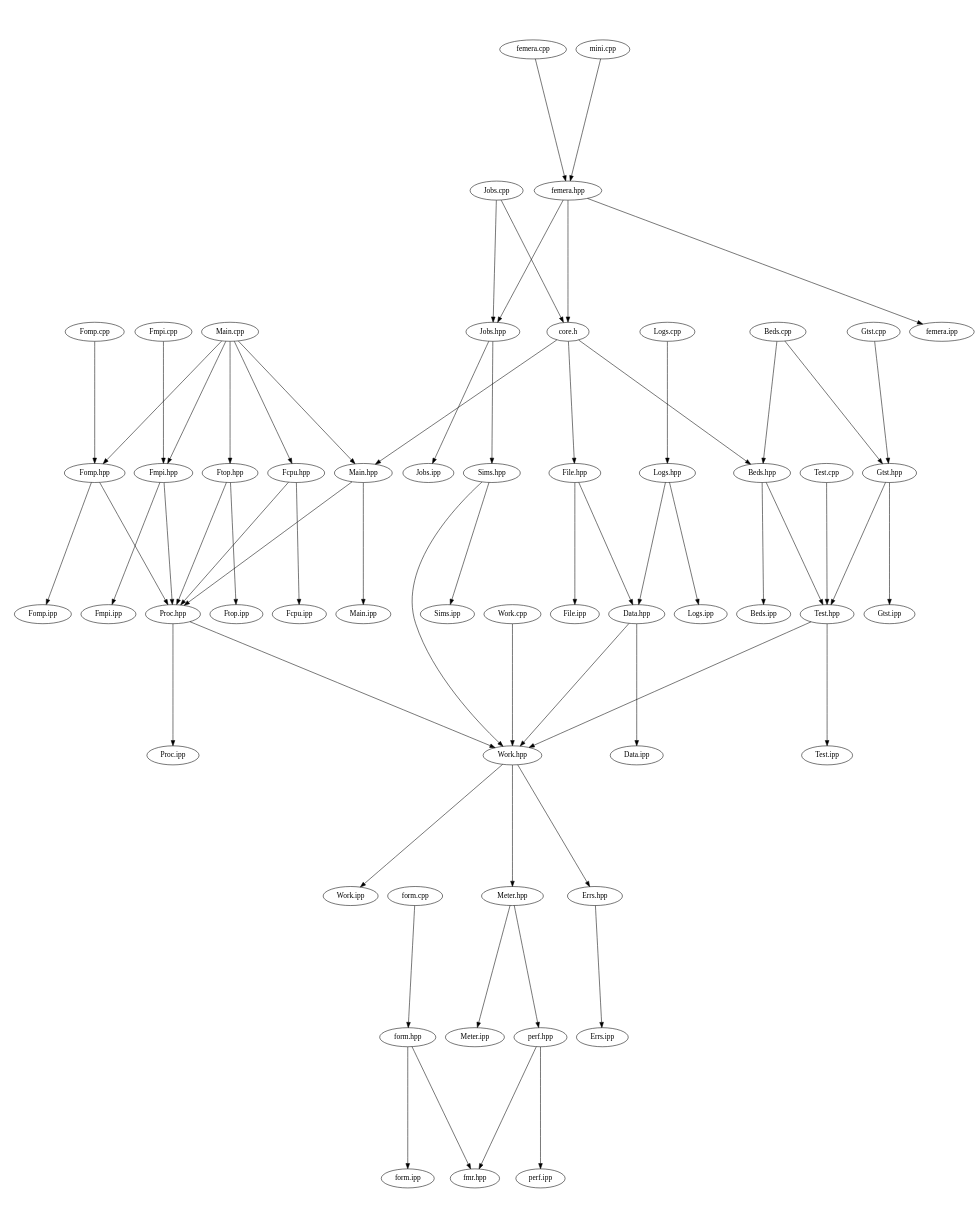
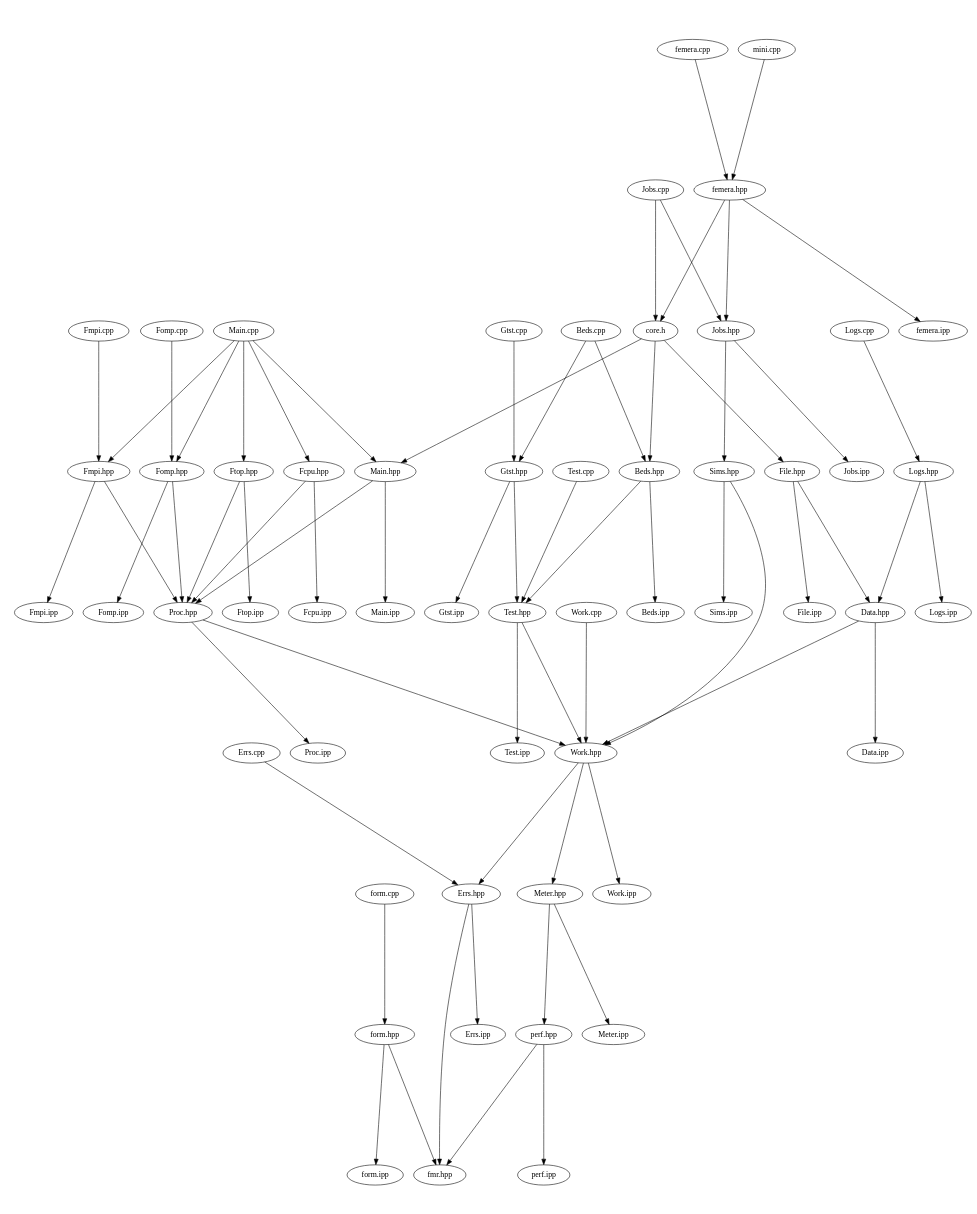
The diagram in src/docs/src-notest.dot (waggyz/femera-mini-app), drawn with Graphviz before and after one commit. The commit also changed 6 other files, not shown here.

```diff
--- a/src/docs/src-notest.dot
+++ b/src/docs/src-notest.dot
@@ -1,70 +1,72 @@
 digraph "source tree" {
     overlap=scale;
     size="8,10";
     ratio="fill";
     fontsize="16";
     fontname="Helvetica";
 	clusterrank="local";
 	"femera.hpp" -> "Jobs.hpp"
 	"Meter.hpp" -> "perf.hpp"
 	"Main.cpp" -> "Fomp.hpp"
 	"Sims.hpp" -> "Work.hpp"
+	"Errs.cpp" -> "Errs.hpp"
 	"femera.cpp" -> "femera.hpp"
 	"Work.hpp" -> "Errs.hpp"
 	"Fmpi.hpp" -> "Fmpi.ipp"
 	"Sims.hpp" -> "Sims.ipp"
 	"Jobs.hpp" -> "Jobs.ipp"
 	"Fomp.cpp" -> "Fomp.hpp"
 	"Logs.cpp" -> "Logs.hpp"
 	"Main.cpp" -> "Main.hpp"
 	"Proc.hpp" -> "Proc.ipp"
 	"Beds.cpp" -> "Gtst.hpp"
 	"Main.cpp" -> "Fmpi.hpp"
 	"core.h" -> "Main.hpp"
 	"Main.cpp" -> "Fcpu.hpp"
 	"Ftop.hpp" -> "Ftop.ipp"
 	"perf.hpp" -> "fmr.hpp"
 	"Data.hpp" -> "Data.ipp"
 	"Work.hpp" -> "Work.ipp"
 	"Main.cpp" -> "Ftop.hpp"
 	"Fmpi.hpp" -> "Proc.hpp"
 	"Test.hpp" -> "Work.hpp"
 	"form.hpp" -> "form.ipp"
 	"Gtst.cpp" -> "Gtst.hpp"
 	"femera.hpp" -> "femera.ipp"
 	"Fcpu.hpp" -> "Proc.hpp"
 	"Fomp.hpp" -> "Proc.hpp"
 	"File.hpp" -> "File.ipp"
 	"Meter.hpp" -> "Meter.ipp"
 	"core.h" -> "File.hpp"
 	"Fomp.hpp" -> "Fomp.ipp"
 	"Logs.hpp" -> "Data.hpp"
 	"Gtst.hpp" -> "Gtst.ipp"
 	"form.cpp" -> "form.hpp"
 	"perf.hpp" -> "perf.ipp"
 	"Fmpi.cpp" -> "Fmpi.hpp"
 	"core.h" -> "Beds.hpp"
+	"Errs.hpp" -> "fmr.hpp"
 	"Fcpu.hpp" -> "Fcpu.ipp"
 	"Work.cpp" -> "Work.hpp"
 	"Errs.hpp" -> "Errs.ipp"
 	"Main.hpp" -> "Main.ipp"
 	"Test.cpp" -> "Test.hpp"
 	"Beds.cpp" -> "Beds.hpp"
 	"Jobs.hpp" -> "Sims.hpp"
 	"Jobs.cpp" -> "Jobs.hpp"
 	"Logs.hpp" -> "Logs.ipp"
 	"Ftop.hpp" -> "Proc.hpp"
 	"File.hpp" -> "Data.hpp"
 	"mini.cpp" -> "femera.hpp"
 	"Beds.hpp" -> "Test.hpp"
 	"Proc.hpp" -> "Work.hpp"
 	"form.hpp" -> "fmr.hpp"
 	"Gtst.hpp" -> "Test.hpp"
 	"Data.hpp" -> "Work.hpp"
 	"Beds.hpp" -> "Beds.ipp"
 	"femera.hpp" -> "core.h"
 	"Jobs.cpp" -> "core.h"
 	"Work.hpp" -> "Meter.hpp"
 	"Main.hpp" -> "Proc.hpp"
 	"Test.hpp" -> "Test.ipp"
 }
```
